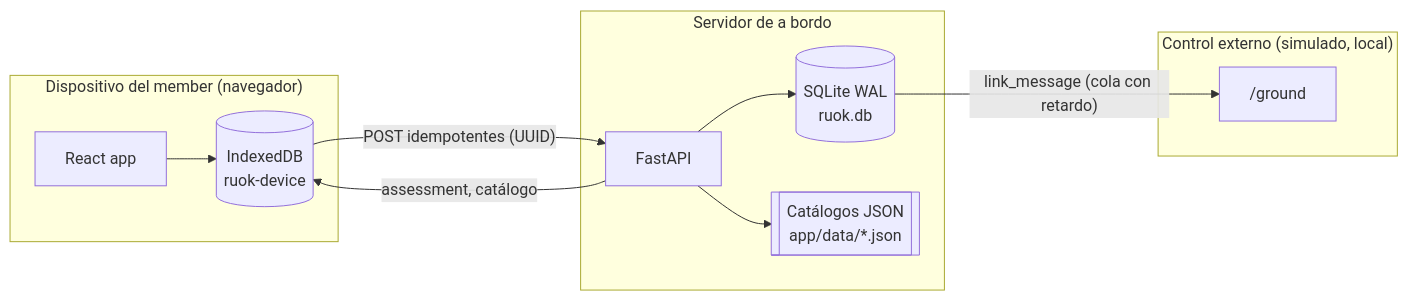
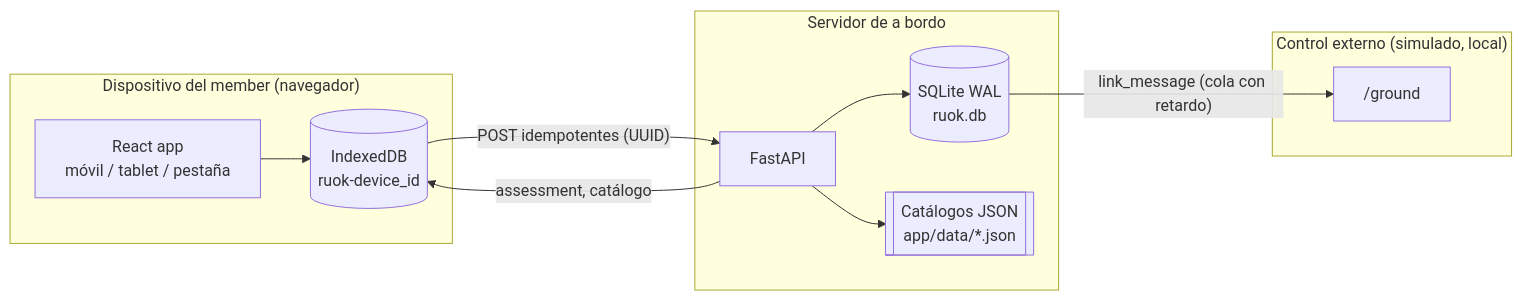
The first of 5 diagrams in docs/data-model.md (NASAHACKATON2026FTHEALTH42U/RUOK), drawn with Mermaid before and after one commit. The commit also changed other lines of this file and 17 other files, not shown here.

````diff
--- a/docs/data-model.md
+++ b/docs/data-model.md
@@ -7,16 +7,16 @@
 ```mermaid
 flowchart LR
   subgraph DEV["Dispositivo del member (navegador)"]
-    UI[React app] --> OB[(IndexedDB<br/>ruok-device)]
+    UI[React app<br/>móvil / tablet / pestaña] --> OB[("IndexedDB<br/>ruok-device_id")]
   end
   subgraph SRV["Servidor de a bordo"]
     API[FastAPI] --> DB[(SQLite WAL<br/>ruok.db)]
     API --> CFG[[Catálogos JSON<br/>app/data/*.json]]
   end
   subgraph GND["Control externo (simulado, local)"]
     G["/ground"]
   end
   OB -- "POST idempotentes (UUID)" --> API
   API -- "assessment, catálogo" --> OB
   DB -- "link_message (cola con retardo)" --> G
 ```
````
